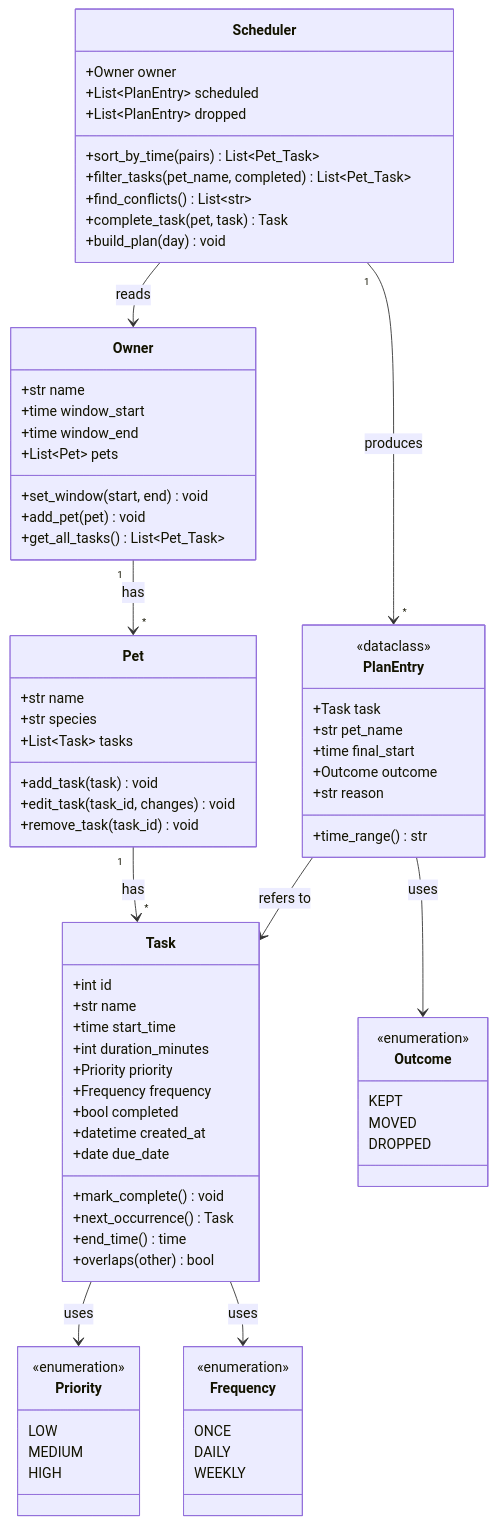
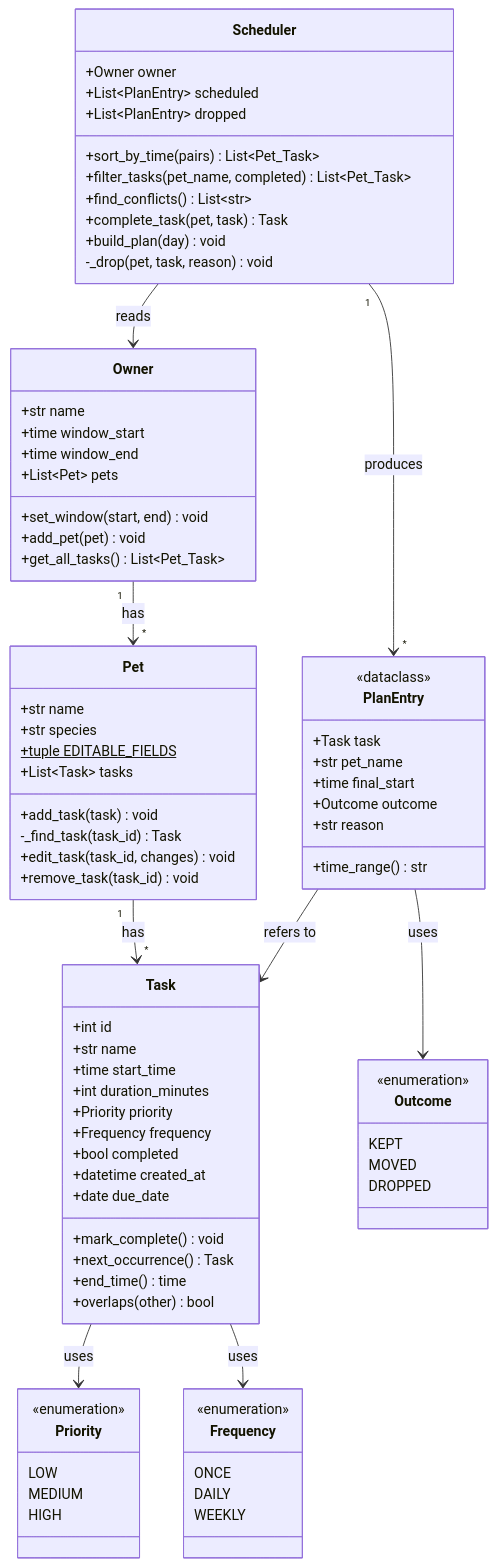
The diagram in diagrams/uml.mmd (HaKh27/ai110-module2show-pawpal-starter), drawn with Mermaid before and after one commit.

Commit message:
docs: sync UML with final pawpal_system.py

```diff
--- a/diagrams/uml.mmd
+++ b/diagrams/uml.mmd
@@ -1,86 +1,89 @@
 classDiagram
     class Owner {
         +str name
         +time window_start
         +time window_end
         +List~Pet~ pets
         +set_window(start, end) void
         +add_pet(pet) void
         +get_all_tasks() List~Pet_Task~
     }
 
     class Pet {
         +str name
         +str species
+        +tuple EDITABLE_FIELDS$
         +List~Task~ tasks
         +add_task(task) void
+        -_find_task(task_id) Task
         +edit_task(task_id, changes) void
         +remove_task(task_id) void
     }
 
     class Task {
         +int id
         +str name
         +time start_time
         +int duration_minutes
         +Priority priority
         +Frequency frequency
         +bool completed
         +datetime created_at
         +date due_date
         +mark_complete() void
         +next_occurrence() Task
         +end_time() time
         +overlaps(other) bool
     }
 
     class Priority {
         <<enumeration>>
         LOW
         MEDIUM
         HIGH
     }
 
     class Scheduler {
         +Owner owner
         +List~PlanEntry~ scheduled
         +List~PlanEntry~ dropped
         +sort_by_time(pairs) List~Pet_Task~
         +filter_tasks(pet_name, completed) List~Pet_Task~
         +find_conflicts() List~str~
         +complete_task(pet, task) Task
         +build_plan(day) void
+        -_drop(pet, task, reason) void
     }
 
     class PlanEntry {
         <<dataclass>>
         +Task task
         +str pet_name
         +time final_start
         +Outcome outcome
         +str reason
         +time_range() str
     }
 
     class Frequency {
         <<enumeration>>
         ONCE
         DAILY
         WEEKLY
     }
 
     class Outcome {
         <<enumeration>>
         KEPT
         MOVED
         DROPPED
     }
 
     Owner "1" --> "*" Pet : has
     Pet "1" --> "*" Task : has
     Task --> Priority : uses
     Task --> Frequency : uses
     Scheduler --> Owner : reads
     Scheduler "1" --> "*" PlanEntry : produces
     PlanEntry --> Task : refers to
     PlanEntry --> Outcome : uses
```
